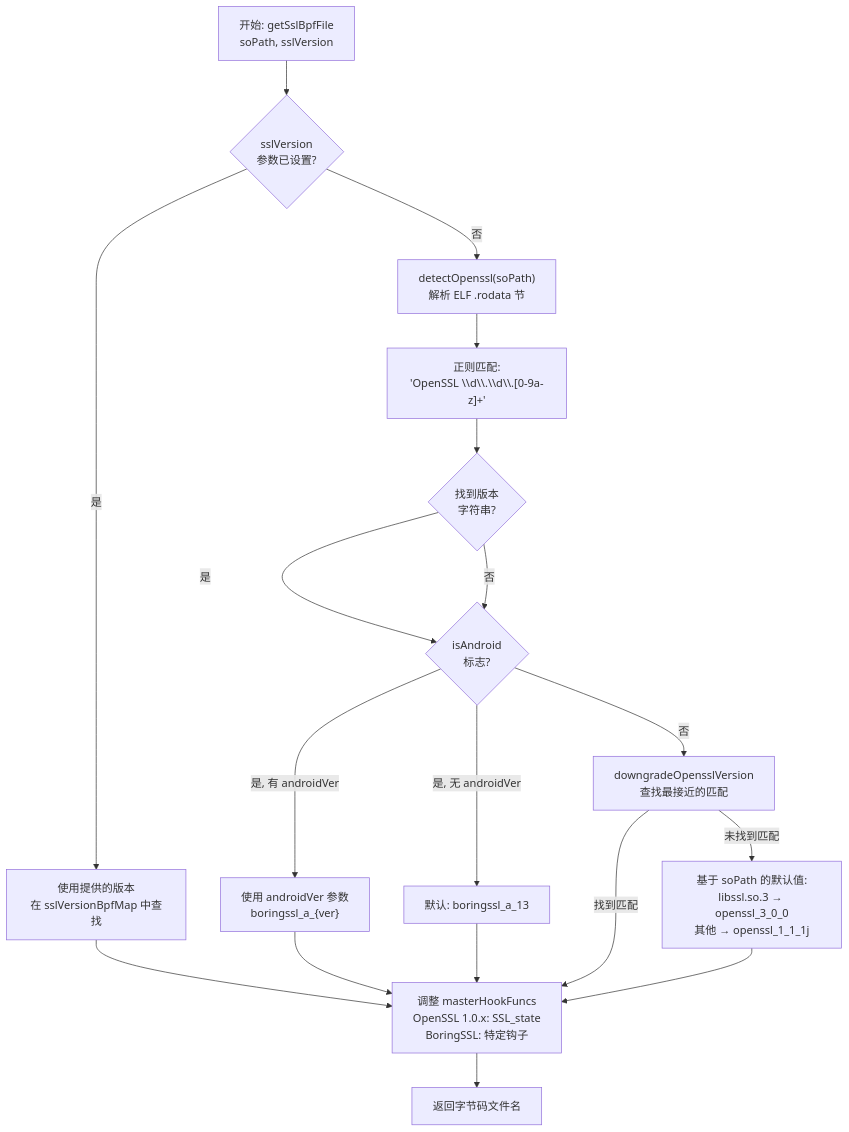
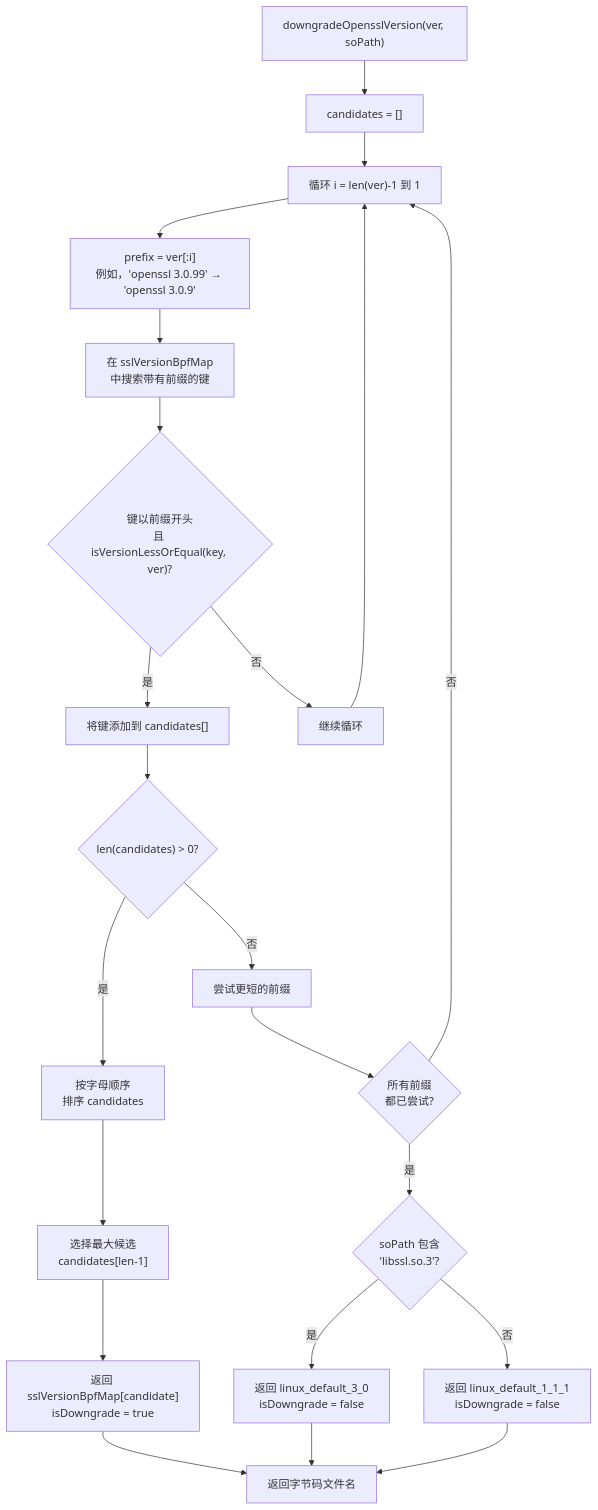
One commit to gojue/ecapture.cc changed the second of 11 diagrams in src/zh/3-capture-modules/3.1.1-openssl-module.md. Above: the diagram before and after it, drawn with Mermaid. The commit also changed other lines of this file and 115 other files, not shown here.

````diff
--- a/src/zh/3-capture-modules/3.1.1-openssl-module.md
+++ b/src/zh/3-capture-modules/3.1.1-openssl-module.md
@@ -109,51 +111,32 @@
 ```mermaid
 flowchart TD
-    START["开始: getSslBpfFile<br/>soPath, sslVersion"]
+    Start["downgradeOpensslVersion(ver, soPath)"] --> InitCandidates["candidates = []"]
+    InitCandidates --> LoopPrefix["循环 i = len(ver)-1 到 1"]
     
-    CHECK_PARAM{"sslVersion<br/>参数已设置?"}
-    USE_PARAM["使用提供的版本<br/>在 sslVersionBpfMap 中查找"]
+    LoopPrefix --> CreatePrefix["prefix = ver[:i]<br/>例如，'openssl 3.0.99' → 'openssl 3.0.9'"]
+    CreatePrefix --> SearchMap["在 sslVersionBpfMap<br/>中搜索带有前缀的键"]
     
-    DETECT["detectOpenssl(soPath)<br/>解析 ELF .rodata 节"]
+    SearchMap --> CheckVersion{"键以前缀开头<br/>且 isVersionLessOrEqual(key, ver)?"}
+    CheckVersion -->|是| AddCandidate["将键添加到 candidates[]"]
+    CheckVersion -->|否| Continue["继续循环"]
     
-    REGEX["正则匹配:<br/>'OpenSSL \\d\\.\\d\\.[0-9a-z]+'"]
+    AddCandidate --> CheckCandidates{"len(candidates) > 0?"}
+    Continue --> LoopPrefix
     
-    FOUND{"找到版本<br/>字符串?"}
+    CheckCandidates -->|是| SortCandidates["按字母顺序<br/>排序 candidates"]
+    CheckCandidates -->|否| NextPrefix["尝试更短的前缀"]
     
-    ANDROID{"isAndroid<br/>标志?"}
+    SortCandidates --> SelectMax["选择最大候选<br/>candidates[len-1]"]
+    SelectMax --> ReturnBytecode["返回 sslVersionBpfMap[candidate]<br/>isDowngrade = true"]
     
-    ANDROID_VER["使用 androidVer 参数<br/>boringssl_a_{ver}"]
-    DEFAULT_ANDROID["默认: boringssl_a_13"]
+    NextPrefix --> AllPrefixesTried{"所有前缀<br/>都已尝试?"}
+    AllPrefixesTried -->|是| UseDefault{"soPath 包含<br/>'libssl.so.3'?"}
+    AllPrefixesTried -->|否| LoopPrefix
     
-    DOWNGRADE["downgradeOpensslVersion<br/>查找最接近的匹配"]
+    UseDefault -->|是| Return30["返回 linux_default_3_0<br/>isDowngrade = false"]
+    UseDefault -->|否| Return111["返回 linux_default_1_1_1<br/>isDowngrade = false"]
     
-    DEFAULT_LINUX["基于 soPath 的默认值:<br/>libssl.so.3 → openssl_3_0_0<br/>其他 → openssl_1_1_1j"]
-    
-    ADJUST_HOOKS["调整 masterHookFuncs<br/>OpenSSL 1.0.x: SSL_state<br/>BoringSSL: 特定钩子"]
-    
-    RETURN["返回字节码文件名"]
-    
-    START --> CHECK_PARAM
-    CHECK_PARAM -->|是| USE_PARAM
-    CHECK_PARAM -->|否| DETECT
-    
-    USE_PARAM --> ADJUST_HOOKS
-    
-    DETECT --> REGEX
-    REGEX --> FOUND
-    
-    FOUND -->|是| ANDROID
-    FOUND -->|否| ANDROID
-    
-    ANDROID -->|是, 有 androidVer| ANDROID_VER
-    ANDROID -->|是, 无 androidVer| DEFAULT_ANDROID
-    ANDROID -->|否| DOWNGRADE
-    
-    ANDROID_VER --> ADJUST_HOOKS
-    DEFAULT_ANDROID --> ADJUST_HOOKS
-    
-    DOWNGRADE -->|找到匹配| ADJUST_HOOKS
-    DOWNGRADE -->|未找到匹配| DEFAULT_LINUX
-    DEFAULT_LINUX --> ADJUST_HOOKS
-    
-    ADJUST_HOOKS --> RETURN
+    ReturnBytecode --> End["返回字节码文件名"]
+    Return30 --> End
+    Return111 --> End
 ```
````
